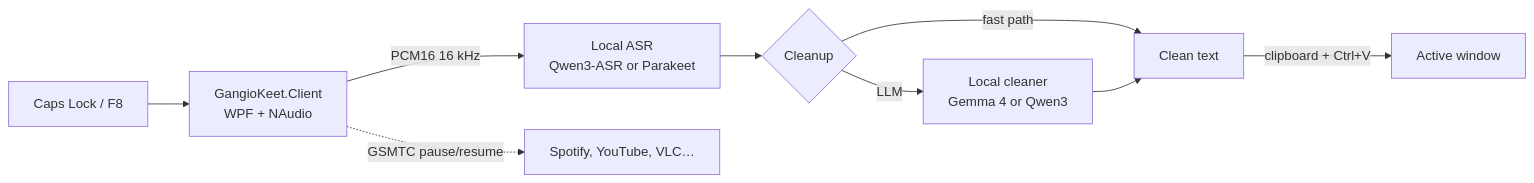
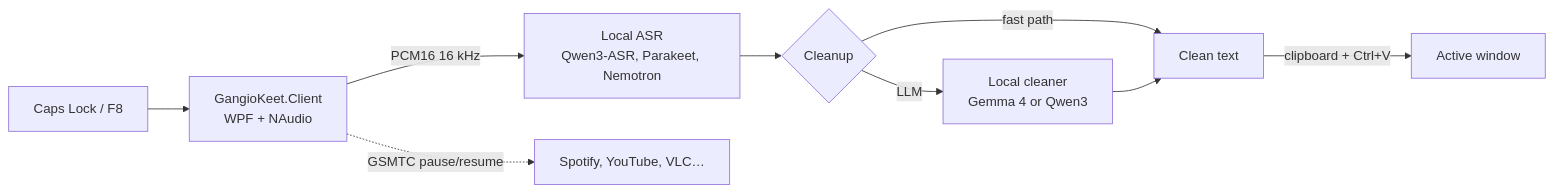
The diagram in README.md (hal9ooo/GangioKeet), drawn with Mermaid before and after one commit. The commit also changed other lines of this file, not shown here.

````diff
--- a/README.md
+++ b/README.md
@@ -63,11 +64,11 @@
 ```mermaid
 flowchart LR
   HK["Caps Lock / F8"] --> CL["GangioKeet.Client<br/>WPF + NAudio"]
-  CL -->|PCM16 16 kHz| STT["Local ASR<br/>Qwen3-ASR or Parakeet"]
+  CL -->|PCM16 16 kHz| STT["Local ASR<br/>Qwen3-ASR, Parakeet, Nemotron"]
   STT --> ROUTE{"Cleanup"}
   ROUTE -->|fast path| TXT["Clean text"]
   ROUTE -->|LLM| LLM["Local cleaner<br/>Gemma 4 or Qwen3"]
   LLM --> TXT
   TXT -->|clipboard + Ctrl+V| APP["Active window"]
   CL -.->|GSMTC pause/resume| MEDIA["Spotify, YouTube, VLC…"]
 ```
````
